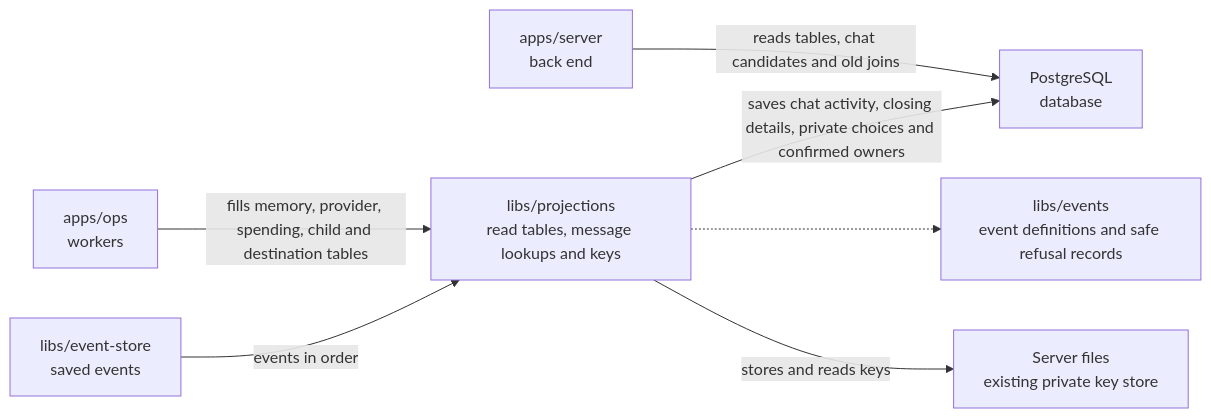
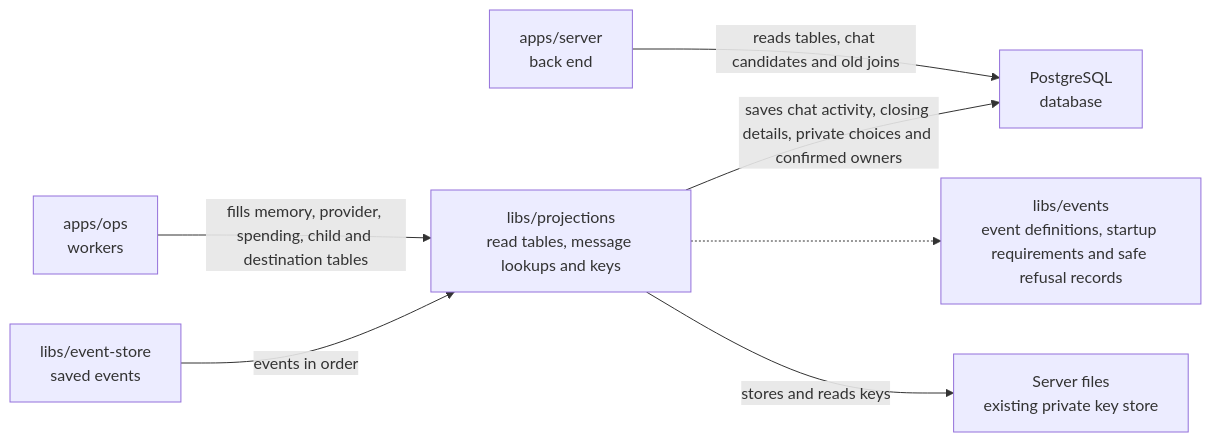
The diagram in libs/projections/README.md (elewa-git/opencrane-new), drawn with Mermaid before and after one commit. The commit also changed other lines of this file and 22 other files, not shown here.

````diff
--- a/libs/projections/README.md
+++ b/libs/projections/README.md
@@ -23,9 +23,9 @@
 ```mermaid
 flowchart LR
   ops["apps/ops<br/>workers"] -->|fills memory, provider, spending, child and destination tables| projections["libs/projections<br/>read tables, message lookups and keys"]
   server["apps/server<br/>back end"] -->|reads tables, chat candidates and old joins| pg["PostgreSQL<br/>database"]
   projections -->|saves chat activity, closing details, private choices and confirmed owners| pg
   store["libs/event-store<br/>saved events"] -->|events in order| projections
-  projections -.-> events["libs/events<br/>event definitions and safe refusal records"]
+  projections -.-> events["libs/events<br/>event definitions, startup requirements and safe refusal records"]
   projections -->|stores and reads keys| keys["Server files<br/>existing private key store"]
 ```
````
